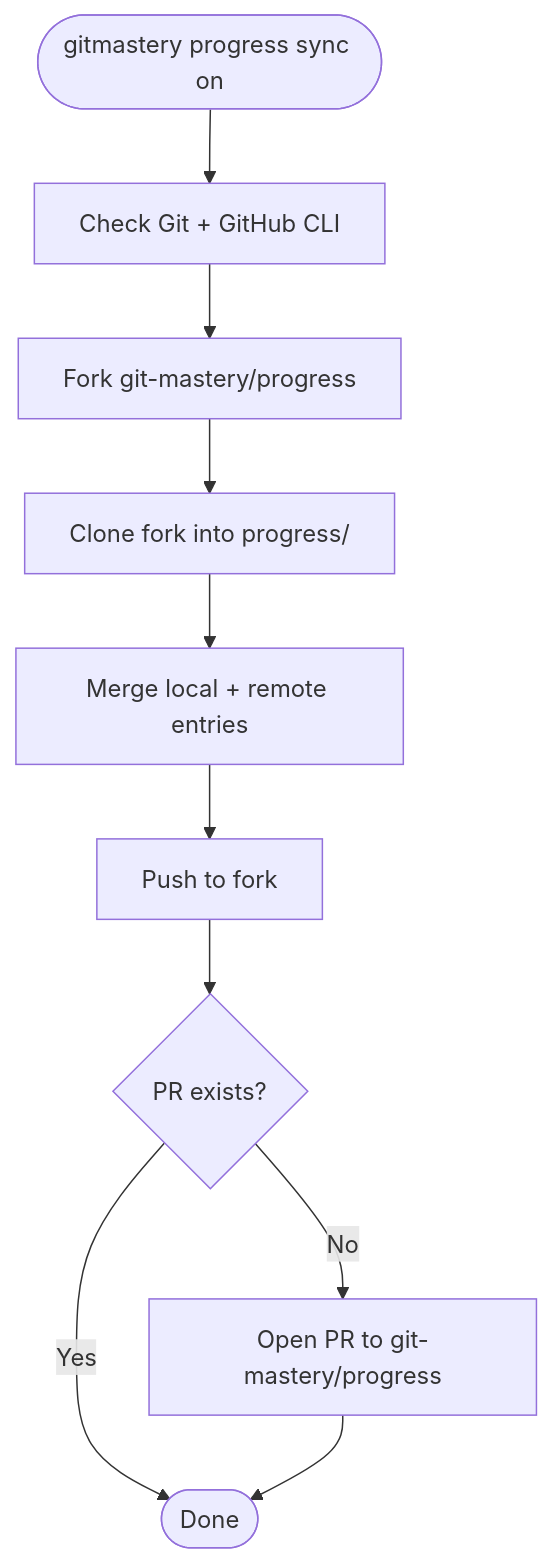
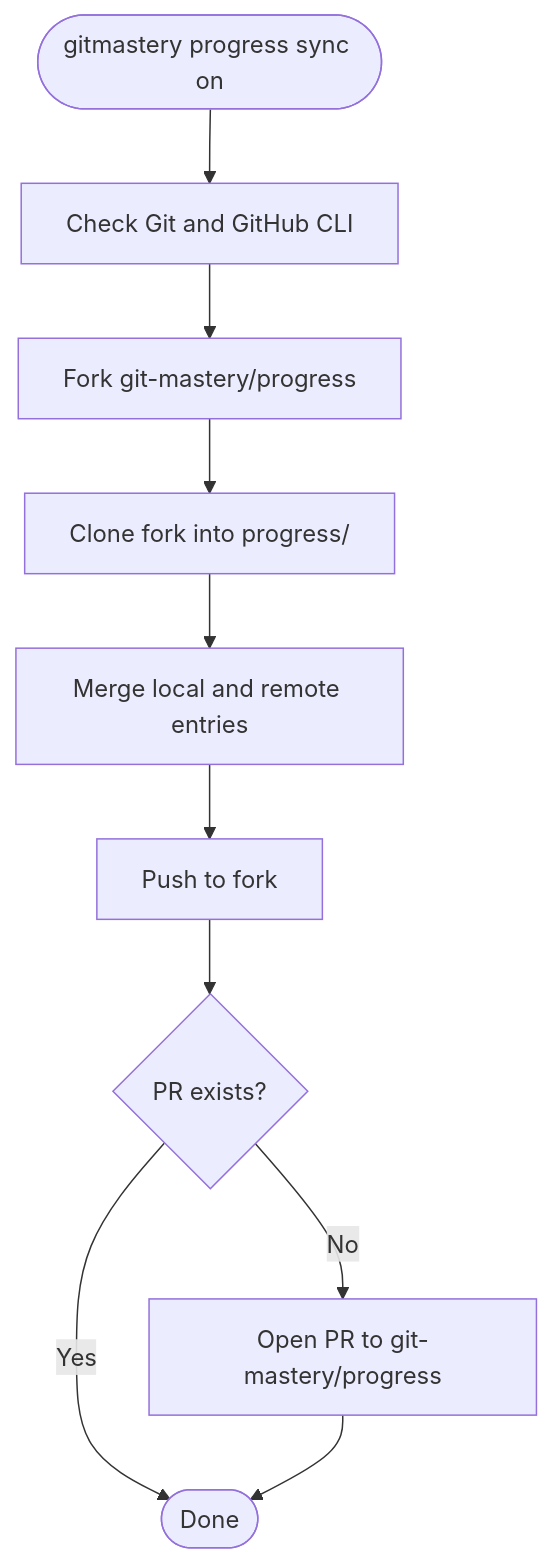
One commit to git-mastery/developers changed the diagram in docs/app/progress-integration.md. Above: the diagram before and after it, drawn with Mermaid. The commit also changed 6 other files, not shown here.

````diff
--- a/docs/app/progress-integration.md
+++ b/docs/app/progress-integration.md
@@ -42,12 +42,12 @@
 ```mermaid
 flowchart TD
-    A([gitmastery progress sync on]) --> B[Check Git + GitHub CLI]
-    B --> C[Fork git-mastery/progress]
-    C --> D[Clone fork into progress/]
-    D --> E[Merge local + remote entries]
-    E --> F[Push to fork]
-    F --> G{PR exists?}
-    G -- No --> H[Open PR to git-mastery/progress]
-    G -- Yes --> I([Done])
+    A(["gitmastery progress sync on"]) --> B["Check Git and GitHub CLI"]
+    B --> C["Fork git-mastery/progress"]
+    C --> D["Clone fork into progress/"]
+    D --> E["Merge local and remote entries"]
+    E --> F["Push to fork"]
+    F --> G{"PR exists?"}
+    G -- No --> H["Open PR to git-mastery/progress"]
+    G -- Yes --> I(["Done"])
     H --> I
 ```
````
